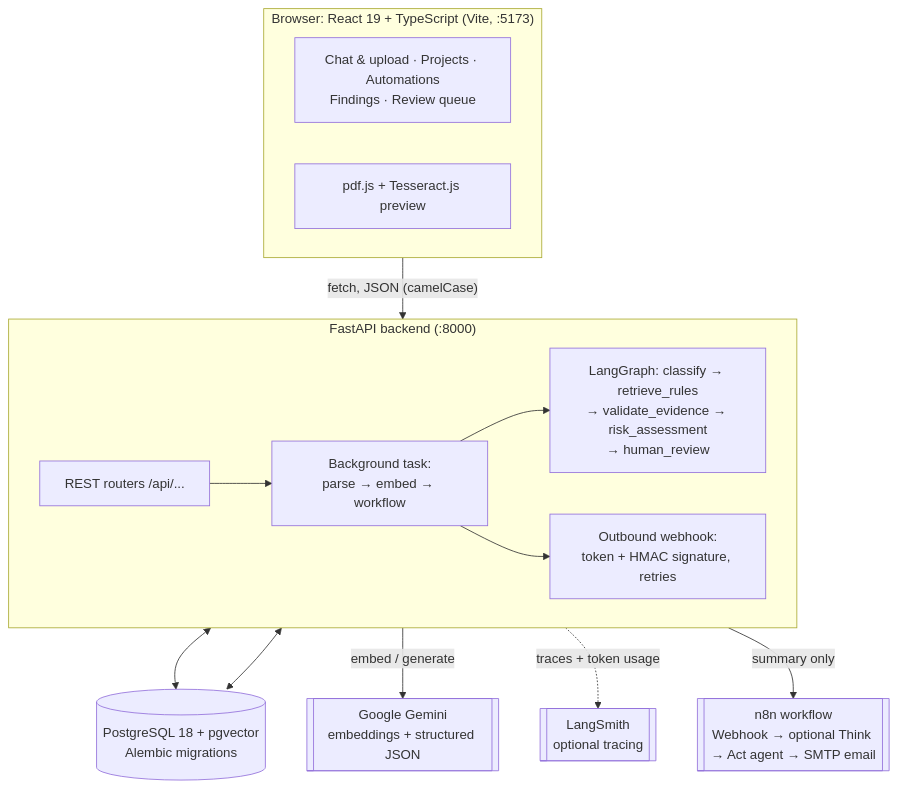
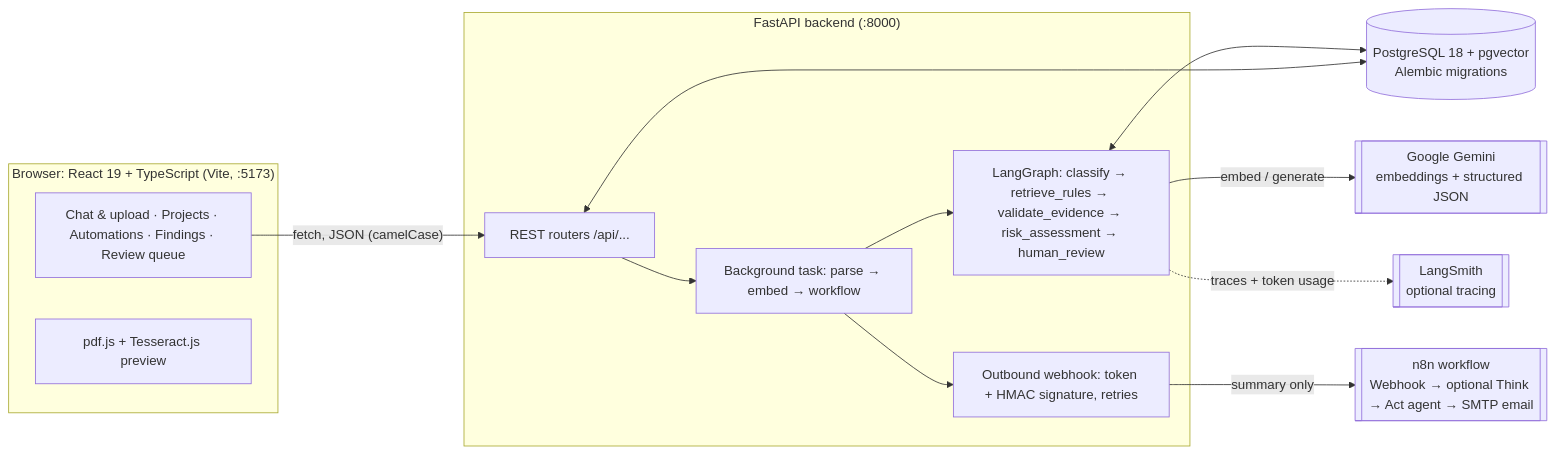
Before and after one commit to Abhinav-git1/FiberDoc_AI: the diagram in README.md, drawn with Mermaid. The commit also changed 2 other files, not shown here.

Commit message:
Keep the flowcharts horizontal and render them at full size on GitHub

````diff
--- a/README.md
+++ b/README.md
@@ -53,30 +53,29 @@
 ```mermaid
-flowchart TB
+%%{init: {"flowchart": {"useMaxWidth": false}}}%%
+flowchart LR
   subgraph Browser["Browser: React 19 + TypeScript (Vite, :5173)"]
-    direction LR
-    UI[Chat & upload · Projects · Automations<br/>Findings · Review queue]
+    UI[Chat & upload · Projects · Automations · Findings · Review queue]
     OCR[pdf.js + Tesseract.js preview]
   end
 
   subgraph API["FastAPI backend (:8000)"]
-    direction LR
     R[REST routers /api/...]
-    BG[Background task:<br/>parse → embed → workflow]
-    WF[LangGraph: classify → retrieve_rules<br/>→ validate_evidence → risk_assessment<br/>→ human_review]
-    N[Outbound webhook:<br/>token + HMAC signature, retries]
+    BG[Background task: parse → embed → workflow]
+    WF[LangGraph: classify → retrieve_rules → validate_evidence → risk_assessment → human_review]
+    N[Outbound webhook: token + HMAC signature, retries]
     R --> BG --> WF
     BG --> N
   end
 
   DB[(PostgreSQL 18 + pgvector<br/>Alembic migrations)]
   GEM[[Google Gemini<br/>embeddings + structured JSON]]
   LS[[LangSmith<br/>optional tracing]]
   N8N[[n8n workflow<br/>Webhook → optional Think → Act agent → SMTP email]]
 
   UI -- "fetch, JSON (camelCase)" --> R
   WF <--> DB
   R <--> DB
   WF -- "embed / generate" --> GEM
   WF -.traces + token usage.-> LS
   N -- "summary only" --> N8N
 ```
````
